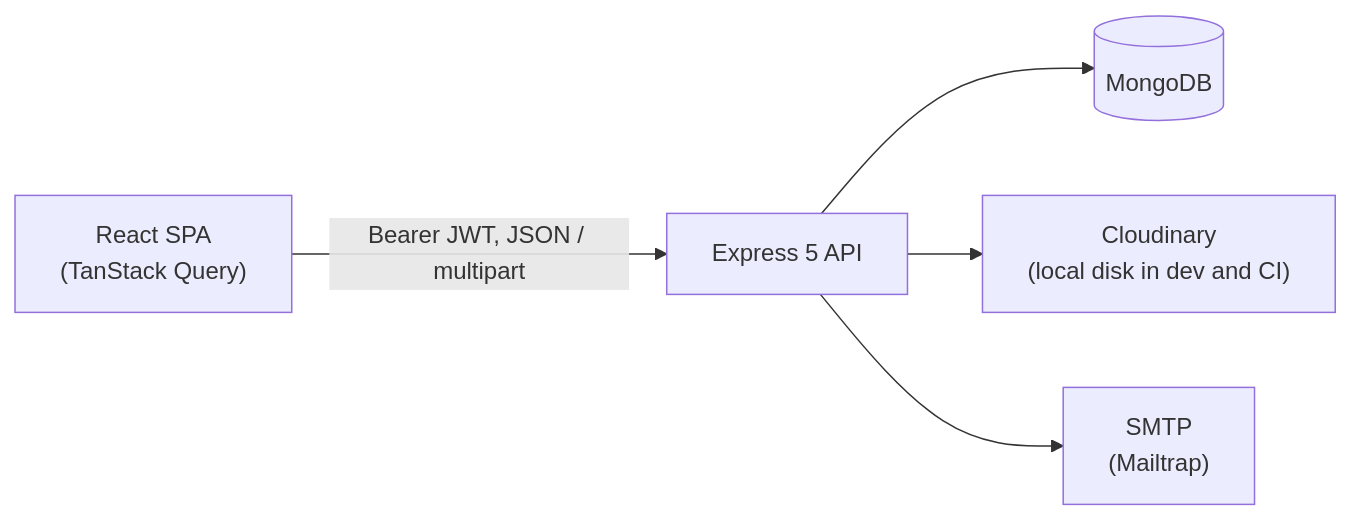
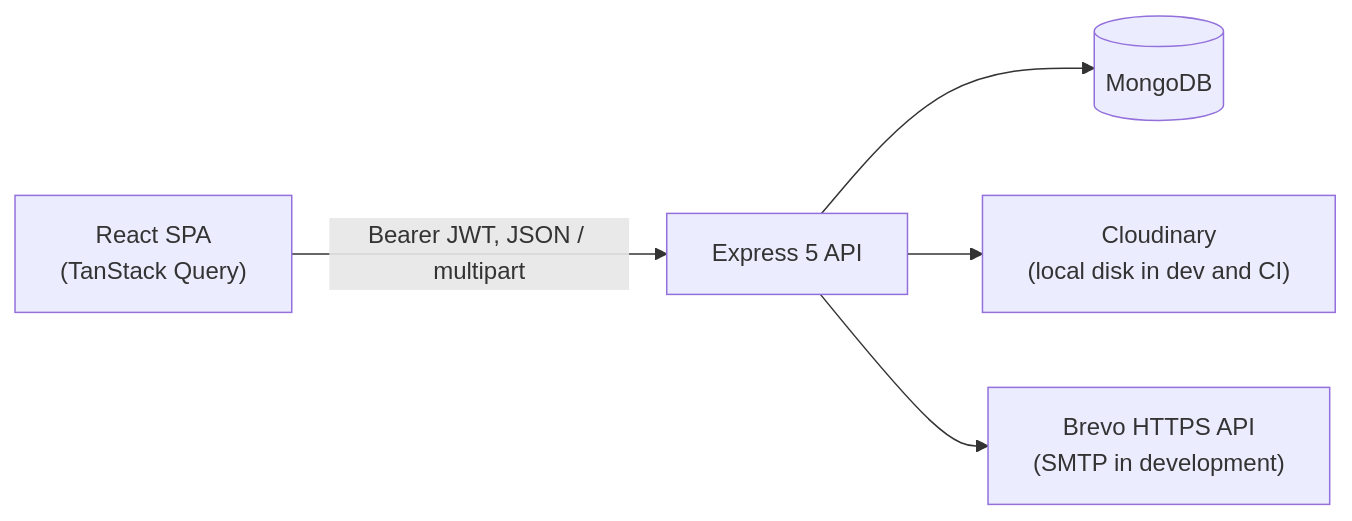
One commit to pikirisu/Projects-Management-System changed the diagram in README.md. Above: the diagram before and after it, drawn with Mermaid. The commit also changed other lines of this file, not shown here.

````diff
--- a/README.md
+++ b/README.md
@@ -18,7 +23,7 @@
 ```mermaid
 flowchart LR
     SPA["React SPA<br/>(TanStack Query)"] -- "Bearer JWT, JSON / multipart" --> API["Express 5 API"]
     API --> DB[("MongoDB")]
     API --> Files["Cloudinary<br/>(local disk in dev and CI)"]
-    API --> Mail["SMTP<br/>(Mailtrap)"]
+    API --> Mail["Brevo HTTPS API<br/>(SMTP in development)"]
 ```
````
